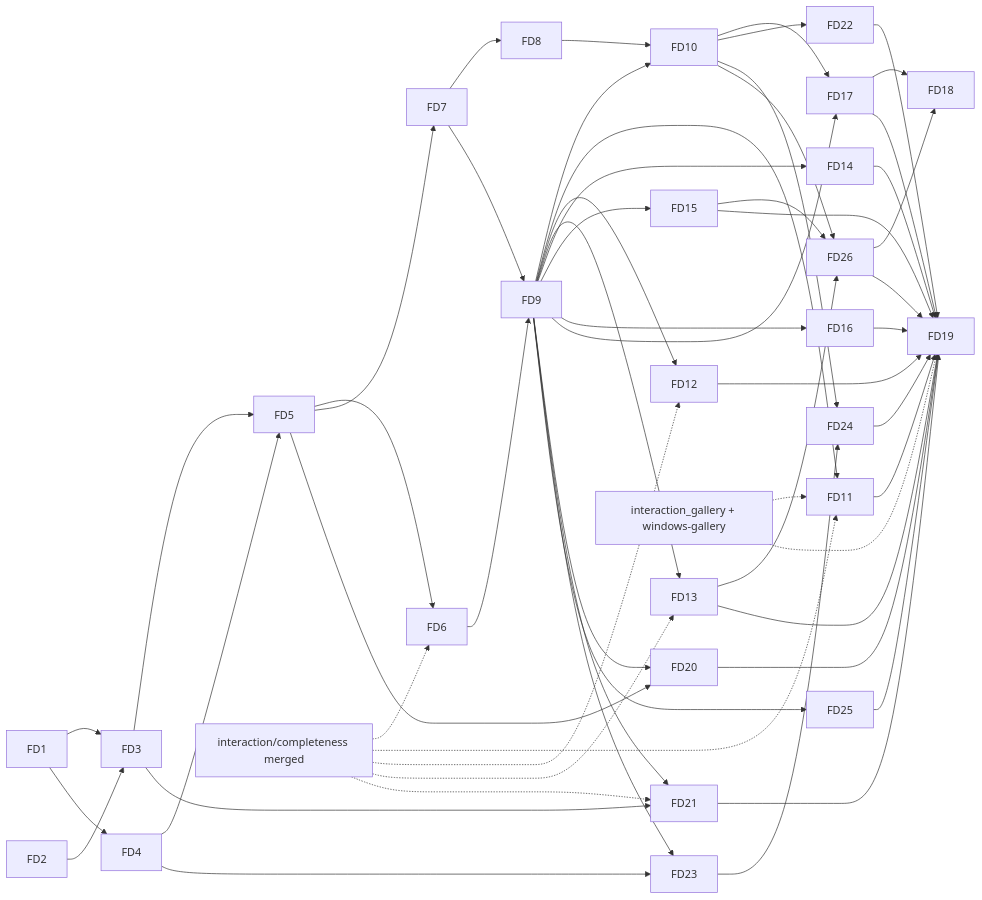
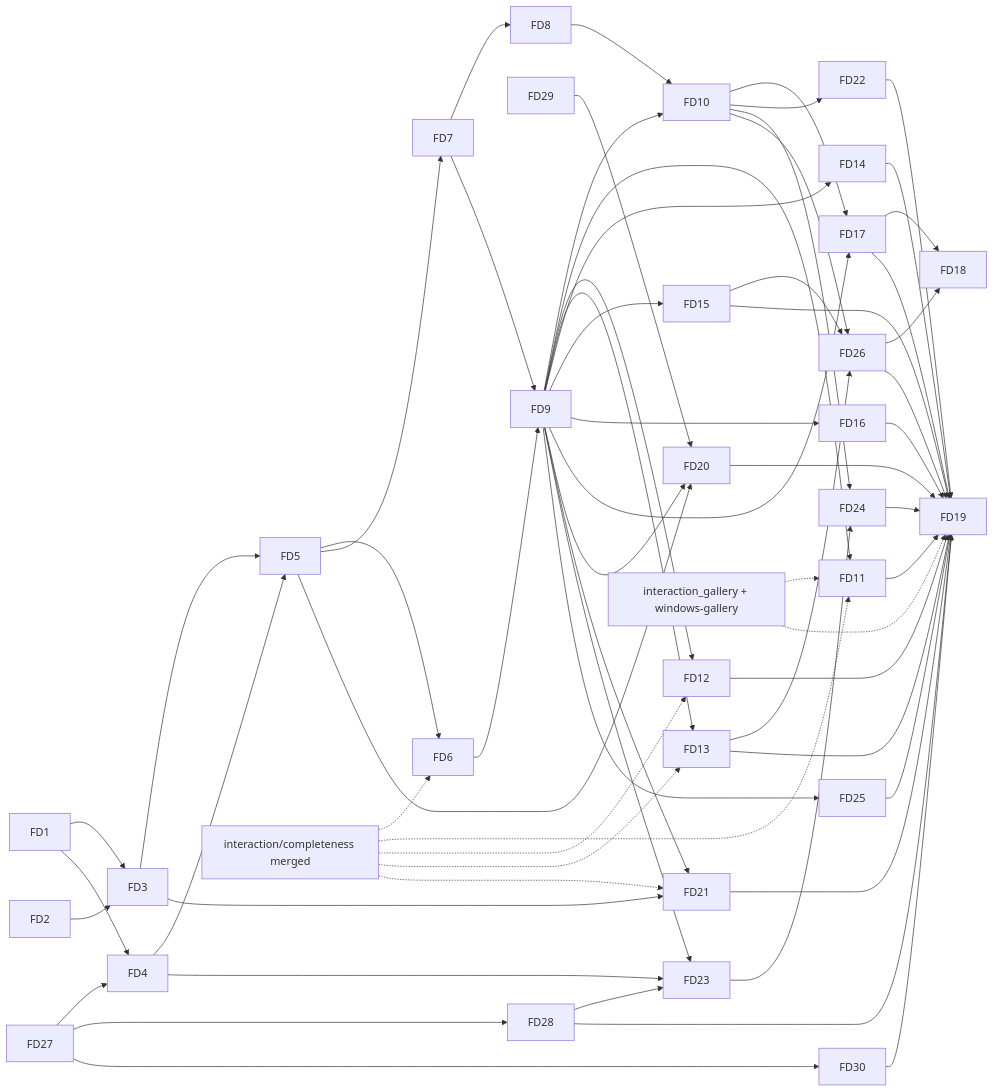
Before and after one commit to vanyastaff/flui: the diagram in docs/plans/specs/flui-driver/tasks.md, drawn with Mermaid. The commit also changed other lines of this file and 4 other files, not shown here.

````diff
--- a/docs/plans/specs/flui-driver/tasks.md
+++ b/docs/plans/specs/flui-driver/tasks.md
@@ -40,21 +44,24 @@
 ```mermaid
 graph LR
   FD1 --> FD3 & FD4
+  FD27 --> FD4 & FD28 & FD30
+  FD28 --> FD23
+  FD29 --> FD20
   FD2 --> FD3
   FD3 & FD4 --> FD5 --> FD6 & FD7
   FD7 --> FD8
   FD6 & FD7 --> FD9
   FD8 & FD9 --> FD10
   FD9 --> FD11 & FD12 & FD13 & FD14 & FD15 & FD16
   FD9 & FD10 --> FD17 --> FD18
   FD5 & FD9 --> FD20
   FD3 & FD9 --> FD21
   FD10 --> FD22
   FD4 & FD9 --> FD23 --> FD24
   FD10 --> FD24
   FD9 --> FD25
   FD10 & FD13 & FD15 --> FD26 --> FD18
-  FD11 & FD12 & FD13 & FD14 & FD15 & FD16 & FD17 & FD20 & FD21 & FD22 & FD24 & FD25 & FD26 --> FD19
+  FD11 & FD12 & FD13 & FD14 & FD15 & FD16 & FD17 & FD20 & FD21 & FD22 & FD24 & FD25 & FD26 & FD28 & FD30 --> FD19
   IC["interaction/completeness merged"] -.-> FD6 & FD11 & FD12 & FD13 & FD21
   GAL["interaction_gallery + windows-gallery"] -.-> FD11 & FD19
 ```
````
